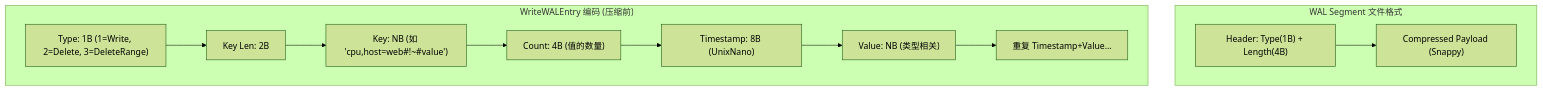
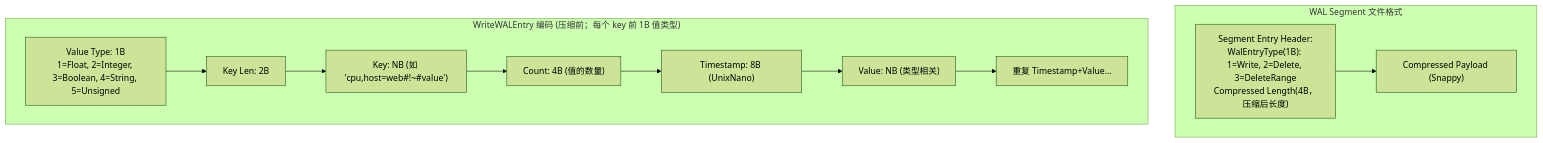
The fifth of 20 diagrams in docs/specs/01_write_engine_spec.md (stefanv5/influxdb), drawn with Mermaid (forest theme) before and after one commit. The commit also changed other lines of this file and 16 other files, not shown here.

First line of the commit message:
docs: correct and deepen the 17 architecture specs

````diff
--- a/docs/specs/01_write_engine_spec.md
+++ b/docs/specs/01_write_engine_spec.md
@@ -663,16 +745,16 @@
 ```mermaid
 flowchart TD
     subgraph "WAL Segment 文件格式"
-        A["Header: Type(1B) + Length(4B)"] --> B["Compressed Payload (Snappy)"]
+        A["Segment Entry Header:<br/>WalEntryType(1B): 1=Write, 2=Delete, 3=DeleteRange<br/>Compressed Length(4B，压缩后长度)"] --> B["Compressed Payload (Snappy)"]
     end
 
-    subgraph "WriteWALEntry 编码 (压缩前)"
-        C["Type: 1B (1=Write, 2=Delete, 3=DeleteRange)"]
+    subgraph "WriteWALEntry 编码 (压缩前；每个 key 前 1B 值类型)"
+        C["Value Type: 1B<br/>1=Float, 2=Integer, 3=Boolean, 4=String, 5=Unsigned"]
         C --> D["Key Len: 2B"]
         D --> E["Key: NB (如 'cpu,host=web#!~#value')"]
         E --> F["Count: 4B (值的数量)"]
         F --> G["Timestamp: 8B (UnixNano)"]
         G --> H["Value: NB (类型相关)"]
         H --> I["重复 Timestamp+Value..."]
     end
 ```
````
